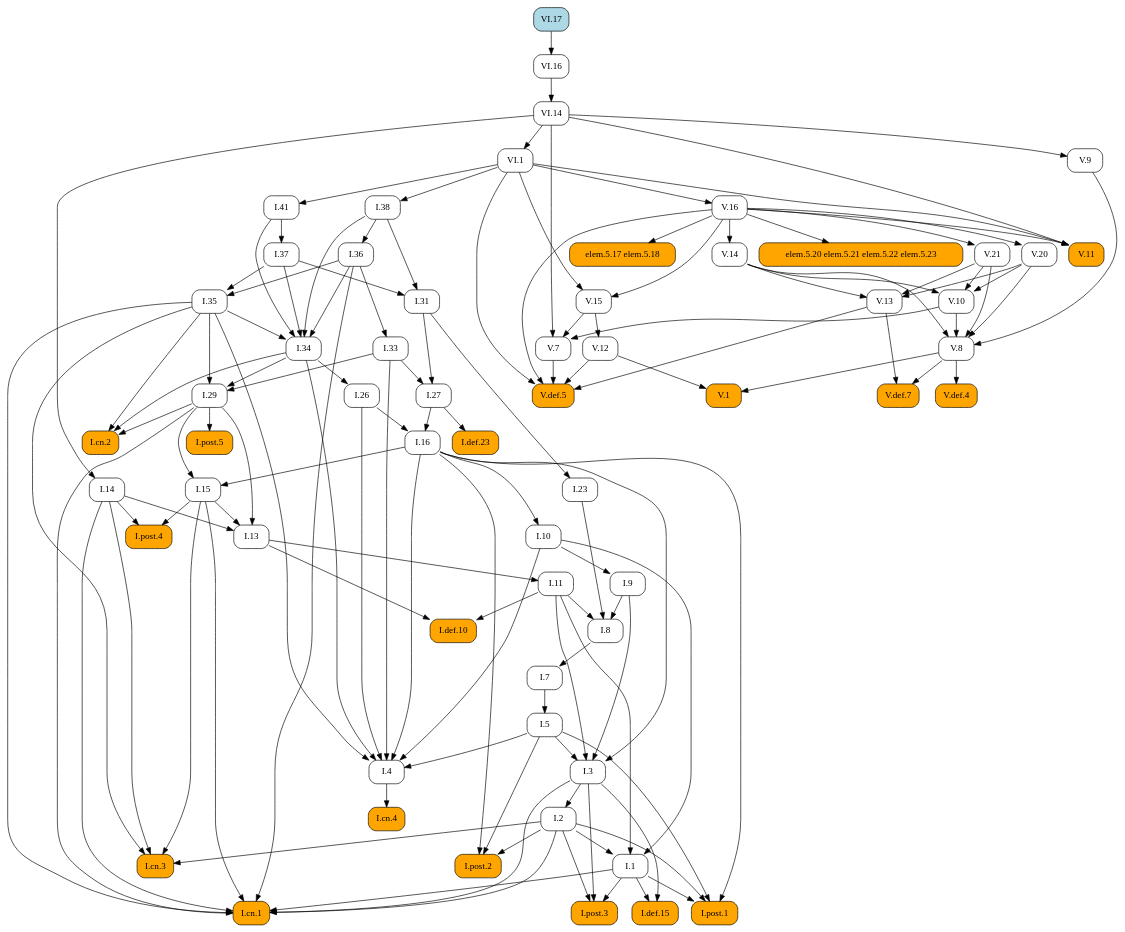
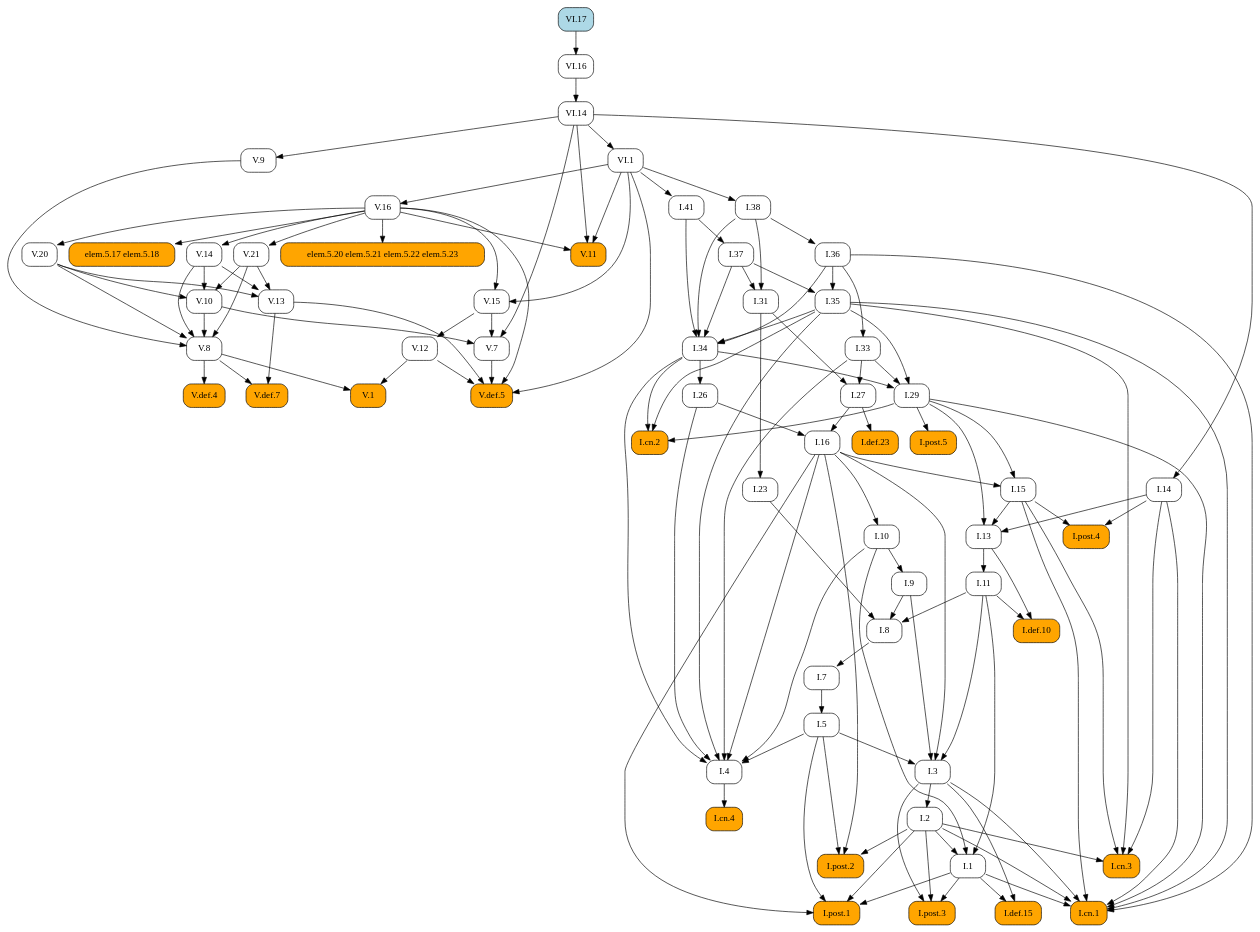
The diagram in docsrc/elements2/VI/17/index.rst (geometor/elements), drawn with Graphviz before and after one commit. The commit also changed other lines of this file and 409 other files, not shown here.

First line of the commit message:
feat: Add image cropping and graphic extraction script

```diff
--- a/docsrc/elements2/VI/17/index.rst
+++ b/docsrc/elements2/VI/17/index.rst
@@ -56,139 +56,93 @@
    digraph {
      rankdir="TB";
      node [shape=box, style=rounded];
+     "I.37" [URL="/elements2/I/37/", target="_top"];
+     "V.21" [URL="/elements2/V/21/", target="_top"];
+     "I.31" [URL="/elements2/I/31/", target="_top"];
+     "I.cn.2" [style="rounded,filled", fillcolor=orange, URL="/elements2/I/cn.2/", target="_top"];
+     "I.41" [URL="/elements2/I/41/", target="_top"];
+     "I.8" [URL="/elements2/I/8/", target="_top"];
+     "V.10" [URL="/elements2/V/10/", target="_top"];
+     "V.8" [URL="/elements2/V/8/", target="_top"];
+     "VI.1" [URL="/elements2/VI/1/", target="_top"];
+     "I.15" [URL="/elements2/I/15/", target="_top"];
+     "I.5" [URL="/elements2/I/5/", target="_top"];
+     "V.def.7" [style="rounded,filled", fillcolor=orange, URL="/elements2/V/def.7/", target="_top"];
+     "V.12" [URL="/elements2/V/12/", target="_top"];
+     "I.26" [URL="/elements2/I/26/", target="_top"];
+     "I.cn.1" [style="rounded,filled", fillcolor=orange, URL="/elements2/I/cn.1/", target="_top"];
+     "elem.5.20 elem.5.21 elem.5.22 elem.5.23" [style="rounded,filled", fillcolor=orange];
+     "I.7" [URL="/elements2/I/7/", target="_top"];
+     "V.def.5" [style="rounded,filled", fillcolor=orange, URL="/elements2/V/def.5/", target="_top"];
+     "I.23" [URL="/elements2/I/23/", target="_top"];
+     "I.16" [URL="/elements2/I/16/", target="_top"];
+     "V.9" [URL="/elements2/V/9/", target="_top"];
+     "I.34" [URL="/elements2/I/34/", target="_top"];
+     "I.35" [URL="/elements2/I/35/", target="_top"];
+     "VI.17" [style="rounded,filled", fillcolor=lightblue, URL="/elements2/VI/17/", target="_top"];
+     "I.33" [URL="/elements2/I/33/", target="_top"];
+     "V.15" [URL="/elements2/V/15/", target="_top"];
+     "V.14" [URL="/elements2/V/14/", target="_top"];
+     "elem.5.17 elem.5.18" [style="rounded,filled", fillcolor=orange];
+     "I.def.15" [style="rounded,filled", fillcolor=orange, URL="/elements2/I/def.15/", target="_top"];
+     "I.38" [URL="/elements2/I/38/", target="_top"];
+     "I.def.10" [style="rounded,filled", fillcolor=orange, URL="/elements2/I/def.10/", target="_top"];
+     "I.11" [URL="/elements2/I/11/", target="_top"];
      "V.20" [URL="/elements2/V/20/", target="_top"];
-     "I.8" [URL="/elements2/I/8/", target="_top"];
+     "V.16" [URL="/elements2/V/16/", target="_top"];
+     "I.def.23" [style="rounded,filled", fillcolor=orange, URL="/elements2/I/def.23/", target="_top"];
+     "I.post.5" [style="rounded,filled", fillcolor=orange, URL="/elements2/I/post.5/", target="_top"];
+     "I.3" [URL="/elements2/I/3/", target="_top"];
+     "I.14" [URL="/elements2/I/14/", target="_top"];
+     "I.10" [URL="/elements2/I/10/", target="_top"];
+     "V.11" [style="rounded,filled", fillcolor=orange, URL="/elements2/V/11/", target="_top"];
+     "I.cn.3" [style="rounded,filled", fillcolor=orange, URL="/elements2/I/cn.3/", target="_top"];
+     "I.13" [URL="/elements2/I/13/", target="_top"];
+     "I.4" [URL="/elements2/I/4/", target="_top"];
+     "I.post.3" [style="rounded,filled", fillcolor=orange, URL="/elements2/I/post.3/", target="_top"];
+     "VI.14" [URL="/elements2/VI/14/", target="_top"];
+     "I.9" [URL="/elements2/I/9/", target="_top"];
+     "I.29" [URL="/elements2/I/29/", target="_top"];
      "I.36" [URL="/elements2/I/36/", target="_top"];
-     "VI.14" [URL="/elements2/VI/14/", target="_top"];
-     "V.def.5" [style="rounded,filled", fillcolor=orange, URL="/elements2/V/def.5/", target="_top"];
+     "V.13" [URL="/elements2/V/13/", target="_top"];
+     "I.post.1" [style="rounded,filled", fillcolor=orange, URL="/elements2/I/post.1/", target="_top"];
+     "I.2" [URL="/elements2/I/2/", target="_top"];
      "V.def.4" [style="rounded,filled", fillcolor=orange, URL="/elements2/V/def.4/", target="_top"];
-     "I.14" [URL="/elements2/I/14/", target="_top"];
-     "I.post.1" [style="rounded,filled", fillcolor=orange, URL="/elements2/I/post.1/", target="_top"];
-     "I.33" [URL="/elements2/I/33/", target="_top"];
-     "I.5" [URL="/elements2/I/5/", target="_top"];
-     "I.38" [URL="/elements2/I/38/", target="_top"];
-     "elem.5.17 elem.5.18" [style="rounded,filled", fillcolor=orange];
-     "VI.1" [URL="/elements2/VI/1/", target="_top"];
+     "I.27" [URL="/elements2/I/27/", target="_top"];
+     "V.1" [style="rounded,filled", fillcolor=orange, URL="/elements2/V/1/", target="_top"];
+     "I.1" [URL="/elements2/I/1/", target="_top"];
+     "I.post.4" [style="rounded,filled", fillcolor=orange, URL="/elements2/I/post.4/", target="_top"];
+     "V.7" [URL="/elements2/V/7/", target="_top"];
+     "I.cn.4" [style="rounded,filled", fillcolor=orange, URL="/elements2/I/cn.4/", target="_top"];
+     "I.post.2" [style="rounded,filled", fillcolor=orange, URL="/elements2/I/post.2/", target="_top"];
      "VI.16" [URL="/elements2/VI/16/", target="_top"];
-     "V.11" [style="rounded,filled", fillcolor=orange, URL="/elements2/V/11/", target="_top"];
-     "I.def.10" [style="rounded,filled", fillcolor=orange, URL="/elements2/I/def.10/", target="_top"];
-     "V.13" [URL="/elements2/V/13/", target="_top"];
-     "I.cn.2" [style="rounded,filled", fillcolor=orange, URL="/elements2/I/cn.2/", target="_top"];
-     "I.post.5" [style="rounded,filled", fillcolor=orange, URL="/elements2/I/post.5/", target="_top"];
-     "V.9" [URL="/elements2/V/9/", target="_top"];
-     "V.16" [URL="/elements2/V/16/", target="_top"];
-     "I.def.15" [style="rounded,filled", fillcolor=orange, URL="/elements2/I/def.15/", target="_top"];
-     "V.15" [URL="/elements2/V/15/", target="_top"];
-     "I.31" [URL="/elements2/I/31/", target="_top"];
-     "I.11" [URL="/elements2/I/11/", target="_top"];
-     "I.3" [URL="/elements2/I/3/", target="_top"];
-     "I.def.23" [style="rounded,filled", fillcolor=orange, URL="/elements2/I/def.23/", target="_top"];
-     "I.post.2" [style="rounded,filled", fillcolor=orange, URL="/elements2/I/post.2/", target="_top"];
-     "I.26" [URL="/elements2/I/26/", target="_top"];
-     "V.14" [URL="/elements2/V/14/", target="_top"];
-     "V.10" [URL="/elements2/V/10/", target="_top"];
-     "VI.17" [style="rounded,filled", fillcolor=lightblue, URL="/elements2/VI/17/", target="_top"];
-     "I.cn.3" [style="rounded,filled", fillcolor=orange, URL="/elements2/I/cn.3/", target="_top"];
-     "I.1" [URL="/elements2/I/1/", target="_top"];
-     "I.cn.4" [style="rounded,filled", fillcolor=orange, URL="/elements2/I/cn.4/", target="_top"];
-     "I.23" [URL="/elements2/I/23/", target="_top"];
-     "I.7" [URL="/elements2/I/7/", target="_top"];
-     "I.9" [URL="/elements2/I/9/", target="_top"];
-     "I.16" [URL="/elements2/I/16/", target="_top"];
-     "V.7" [URL="/elements2/V/7/", target="_top"];
-     "I.cn.1" [style="rounded,filled", fillcolor=orange, URL="/elements2/I/cn.1/", target="_top"];
-     "V.1" [style="rounded,filled", fillcolor=orange, URL="/elements2/V/1/", target="_top"];
-     "I.post.4" [style="rounded,filled", fillcolor=orange, URL="/elements2/I/post.4/", target="_top"];
-     "V.12" [URL="/elements2/V/12/", target="_top"];
-     "I.13" [URL="/elements2/I/13/", target="_top"];
-     "V.21" [URL="/elements2/V/21/", target="_top"];
-     "elem.5.20 elem.5.21 elem.5.22 elem.5.23" [style="rounded,filled", fillcolor=orange];
-     "I.41" [URL="/elements2/I/41/", target="_top"];
-     "I.29" [URL="/elements2/I/29/", target="_top"];
-     "I.35" [URL="/elements2/I/35/", target="_top"];
-     "I.2" [URL="/elements2/I/2/", target="_top"];
-     "I.37" [URL="/elements2/I/37/", target="_top"];
-     "I.27" [URL="/elements2/I/27/", target="_top"];
-     "I.4" [URL="/elements2/I/4/", target="_top"];
-     "V.8" [URL="/elements2/V/8/", target="_top"];
-     "I.10" [URL="/elements2/I/10/", target="_top"];
-     "I.15" [URL="/elements2/I/15/", target="_top"];
-     "I.34" [URL="/elements2/I/34/", target="_top"];
-     "V.def.7" [style="rounded,filled", fillcolor=orange, URL="/elements2/V/def.7/", target="_top"];
-     "I.post.3" [style="rounded,filled", fillcolor=orange, URL="/elements2/I/post.3/", target="_top"];
-     "V.16" -> "V.20";
+     "I.41" -> "I.37";
+     "V.16" -> "V.21";
+     "I.37" -> "I.31";
+     "I.38" -> "I.31";
+     "I.29" -> "I.cn.2";
+     "I.34" -> "I.cn.2";
+     "I.35" -> "I.cn.2";
+     "VI.1" -> "I.41";
      "I.9" -> "I.8";
      "I.11" -> "I.8";
      "I.23" -> "I.8";
-     "I.38" -> "I.36";
-     "VI.16" -> "VI.14";
-     "V.7" -> "V.def.5";
-     "V.12" -> "V.def.5";
-     "V.13" -> "V.def.5";
-     "V.16" -> "V.def.5";
-     "VI.1" -> "V.def.5";
-     "V.8" -> "V.def.4";
-     "VI.14" -> "I.14";
-     "I.1" -> "I.post.1";
-     "I.2" -> "I.post.1";
-     "I.5" -> "I.post.1";
-     "I.16" -> "I.post.1";
-     "I.36" -> "I.33";
-     "I.7" -> "I.5";
-     "VI.1" -> "I.38";
-     "V.16" -> "elem.5.17 elem.5.18";
-     "VI.14" -> "VI.1";
-     "VI.17" -> "VI.16";
-     "V.16" -> "V.11";
-     "VI.1" -> "V.11";
-     "VI.14" -> "V.11";
-     "I.11" -> "I.def.10";
-     "I.13" -> "I.def.10";
-     "V.14" -> "V.13";
-     "V.20" -> "V.13";
-     "V.21" -> "V.13";
-     "I.29" -> "I.cn.2";
-     "I.34" -> "I.cn.2";
-     "I.35" -> "I.cn.2";
-     "I.29" -> "I.post.5";
-     "VI.14" -> "V.9";
-     "VI.1" -> "V.16";
-     "I.1" -> "I.def.15";
-     "I.3" -> "I.def.15";
-     "V.16" -> "V.15";
-     "VI.1" -> "V.15";
-     "I.37" -> "I.31";
-     "I.38" -> "I.31";
-     "I.13" -> "I.11";
-     "I.5" -> "I.3";
-     "I.9" -> "I.3";
-     "I.11" -> "I.3";
-     "I.16" -> "I.3";
-     "I.27" -> "I.def.23";
-     "I.2" -> "I.post.2";
-     "I.5" -> "I.post.2";
-     "I.16" -> "I.post.2";
-     "I.34" -> "I.26";
-     "V.16" -> "V.14";
      "V.14" -> "V.10";
      "V.20" -> "V.10";
      "V.21" -> "V.10";
-     "I.2" -> "I.cn.3";
-     "I.14" -> "I.cn.3";
-     "I.15" -> "I.cn.3";
-     "I.35" -> "I.cn.3";
-     "I.2" -> "I.1";
-     "I.10" -> "I.1";
-     "I.11" -> "I.1";
-     "I.4" -> "I.cn.4";
-     "I.31" -> "I.23";
-     "I.8" -> "I.7";
-     "I.10" -> "I.9";
-     "I.26" -> "I.16";
-     "I.27" -> "I.16";
-     "V.10" -> "V.7";
-     "V.15" -> "V.7";
-     "VI.14" -> "V.7";
+     "V.9" -> "V.8";
+     "V.10" -> "V.8";
+     "V.14" -> "V.8";
+     "V.20" -> "V.8";
+     "V.21" -> "V.8";
+     "VI.14" -> "VI.1";
+     "I.16" -> "I.15";
+     "I.29" -> "I.15";
+     "I.7" -> "I.5";
+     "V.8" -> "V.def.7";
+     "V.13" -> "V.def.7";
+     "V.15" -> "V.12";
+     "I.34" -> "I.26";
      "I.1" -> "I.cn.1";
      "I.2" -> "I.cn.1";
      "I.3" -> "I.cn.1";
@@ -197,26 +151,55 @@
      "I.29" -> "I.cn.1";
      "I.35" -> "I.cn.1";
      "I.36" -> "I.cn.1";
-     "V.8" -> "V.1";
-     "V.12" -> "V.1";
-     "I.14" -> "I.post.4";
-     "I.15" -> "I.post.4";
-     "V.15" -> "V.12";
+     "V.16" -> "elem.5.20 elem.5.21 elem.5.22 elem.5.23";
+     "I.8" -> "I.7";
+     "V.7" -> "V.def.5";
+     "V.12" -> "V.def.5";
+     "V.13" -> "V.def.5";
+     "V.16" -> "V.def.5";
+     "VI.1" -> "V.def.5";
+     "I.31" -> "I.23";
+     "I.26" -> "I.16";
+     "I.27" -> "I.16";
+     "VI.14" -> "V.9";
+     "I.35" -> "I.34";
+     "I.36" -> "I.34";
+     "I.37" -> "I.34";
+     "I.38" -> "I.34";
+     "I.41" -> "I.34";
+     "I.36" -> "I.35";
+     "I.37" -> "I.35";
+     "I.36" -> "I.33";
+     "V.16" -> "V.15";
+     "VI.1" -> "V.15";
+     "V.16" -> "V.14";
+     "V.16" -> "elem.5.17 elem.5.18";
+     "I.1" -> "I.def.15";
+     "I.3" -> "I.def.15";
+     "VI.1" -> "I.38";
+     "I.11" -> "I.def.10";
+     "I.13" -> "I.def.10";
+     "I.13" -> "I.11";
+     "V.16" -> "V.20";
+     "VI.1" -> "V.16";
+     "I.27" -> "I.def.23";
+     "I.29" -> "I.post.5";
+     "I.5" -> "I.3";
+     "I.9" -> "I.3";
+     "I.11" -> "I.3";
+     "I.16" -> "I.3";
+     "VI.14" -> "I.14";
+     "I.16" -> "I.10";
+     "V.16" -> "V.11";
+     "VI.1" -> "V.11";
+     "VI.14" -> "V.11";
+     "I.2" -> "I.cn.3";
+     "I.14" -> "I.cn.3";
+     "I.15" -> "I.cn.3";
+     "I.35" -> "I.cn.3";
      "I.14" -> "I.13";
      "I.15" -> "I.13";
      "I.29" -> "I.13";
-     "V.16" -> "V.21";
-     "V.16" -> "elem.5.20 elem.5.21 elem.5.22 elem.5.23";
-     "VI.1" -> "I.41";
-     "I.33" -> "I.29";
-     "I.34" -> "I.29";
-     "I.35" -> "I.29";
-     "I.36" -> "I.35";
-     "I.37" -> "I.35";
-     "I.3" -> "I.2";
-     "I.41" -> "I.37";
-     "I.31" -> "I.27";
-     "I.33" -> "I.27";
      "I.5" -> "I.4";
      "I.10" -> "I.4";
      "I.16" -> "I.4";
@@ -224,22 +207,39 @@
      "I.33" -> "I.4";
      "I.34" -> "I.4";
      "I.35" -> "I.4";
-     "V.9" -> "V.8";
-     "V.10" -> "V.8";
-     "V.14" -> "V.8";
-     "V.20" -> "V.8";
-     "V.21" -> "V.8";
-     "I.16" -> "I.10";
-     "I.16" -> "I.15";
-     "I.29" -> "I.15";
-     "I.35" -> "I.34";
-     "I.36" -> "I.34";
-     "I.37" -> "I.34";
-     "I.38" -> "I.34";
-     "I.41" -> "I.34";
-     "V.8" -> "V.def.7";
-     "V.13" -> "V.def.7";
      "I.1" -> "I.post.3";
      "I.2" -> "I.post.3";
      "I.3" -> "I.post.3";
+     "VI.16" -> "VI.14";
+     "I.10" -> "I.9";
+     "I.33" -> "I.29";
+     "I.34" -> "I.29";
+     "I.35" -> "I.29";
+     "I.38" -> "I.36";
+     "V.14" -> "V.13";
+     "V.20" -> "V.13";
+     "V.21" -> "V.13";
+     "I.1" -> "I.post.1";
+     "I.2" -> "I.post.1";
+     "I.5" -> "I.post.1";
+     "I.16" -> "I.post.1";
+     "I.3" -> "I.2";
+     "V.8" -> "V.def.4";
+     "I.31" -> "I.27";
+     "I.33" -> "I.27";
+     "V.8" -> "V.1";
+     "V.12" -> "V.1";
+     "I.2" -> "I.1";
+     "I.10" -> "I.1";
+     "I.11" -> "I.1";
+     "I.14" -> "I.post.4";
+     "I.15" -> "I.post.4";
+     "V.10" -> "V.7";
+     "V.15" -> "V.7";
+     "VI.14" -> "V.7";
+     "I.4" -> "I.cn.4";
+     "I.2" -> "I.post.2";
+     "I.5" -> "I.post.2";
+     "I.16" -> "I.post.2";
+     "VI.17" -> "VI.16";
    }
```
